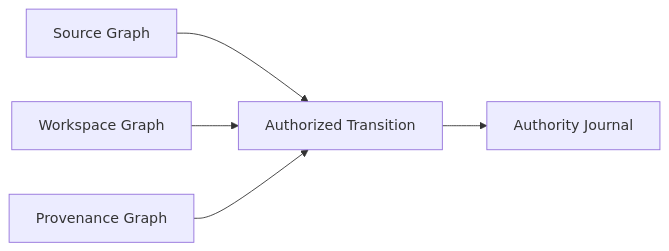
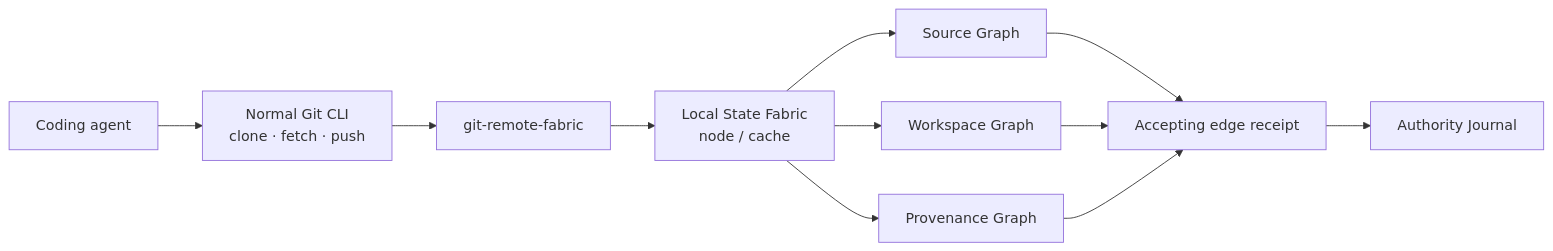
One commit to nebuk89/State-Fabric changed the diagram in docs/protocol.md. Above: the diagram before and after it, drawn with Mermaid. The commit also changed other lines of this file and 14 other files, not shown here.

First line of the commit message:
feat: add Git-native State Fabric interface

````diff
--- a/docs/protocol.md
+++ b/docs/protocol.md
@@ -7,13 +7,13 @@
 ```mermaid
 flowchart LR
-    S["Source Graph"]
-    W["Workspace Graph"]
-    P["Provenance Graph"]
-    T["Authorized Transition"]
-    J["Authority Journal"]
-
-    S --> T
-    W --> T
-    P --> T
-    T --> J
+    A["Coding agent"] --> G["Normal Git CLI<br/>clone · fetch · push"]
+    G --> H["git-remote-fabric"]
+    H --> N["Local State Fabric<br/>node / cache"]
+    N --> S["Source Graph"]
+    N --> W["Workspace Graph"]
+    N --> P["Provenance Graph"]
+    S --> E["Accepting edge receipt"]
+    W --> E
+    P --> E
+    E --> J["Authority Journal"]
 ```
````
